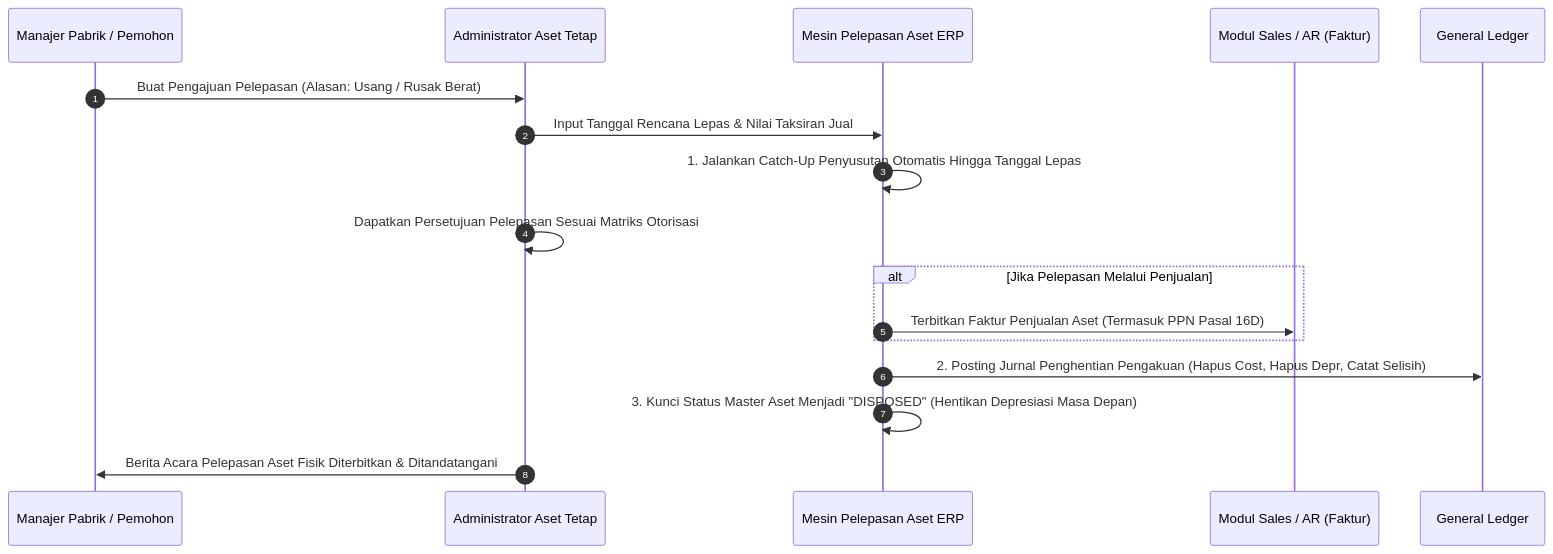
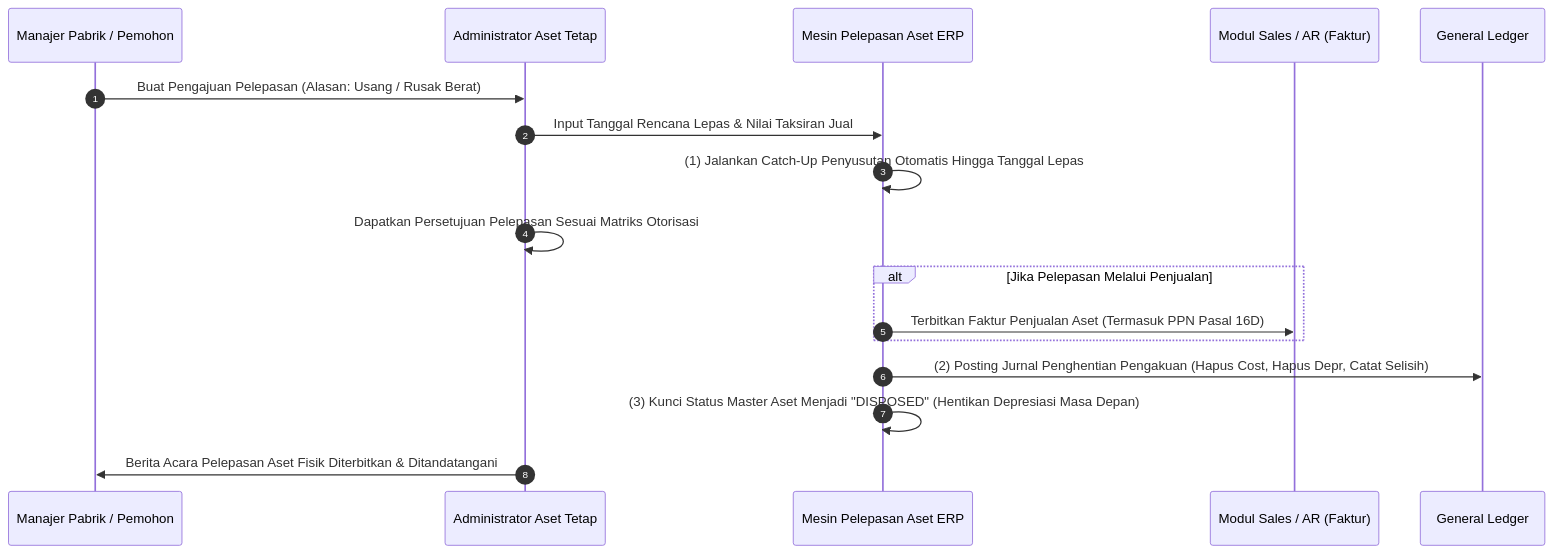
Before and after one commit to alimurrofid/erp-notes: the third of 3 diagrams in content/08-assets/asset-disposal-and-retirement.md, drawn with Mermaid. The commit also changed other lines of this file and 132 other files, not shown here.

````diff
--- a/content/08-assets/asset-disposal-and-retirement.md
+++ b/content/08-assets/asset-disposal-and-retirement.md
@@ -72,20 +72,20 @@
 ```mermaid
 sequenceDiagram
     autonumber
     participant Plant as Manajer Pabrik / Pemohon
     participant FA_Admin as Administrator Aset Tetap
     participant FA_Sys as Mesin Pelepasan Aset ERP
     participant AR as Modul Sales / AR (Faktur)
     participant GL as General Ledger
 
     Plant->>FA_Admin: Buat Pengajuan Pelepasan (Alasan: Usang / Rusak Berat)
     FA_Admin->>FA_Sys: Input Tanggal Rencana Lepas & Nilai Taksiran Jual
-    FA_Sys->>FA_Sys: 1. Jalankan Catch-Up Penyusutan Otomatis Hingga Tanggal Lepas
+    FA_Sys->>FA_Sys: (1) Jalankan Catch-Up Penyusutan Otomatis Hingga Tanggal Lepas
     FA_Admin->>FA_Admin: Dapatkan Persetujuan Pelepasan Sesuai Matriks Otorisasi
     alt Jika Pelepasan Melalui Penjualan
         FA_Sys->>AR: Terbitkan Faktur Penjualan Aset (Termasuk PPN Pasal 16D)
     end
-    FA_Sys->>GL: 2. Posting Jurnal Penghentian Pengakuan (Hapus Cost, Hapus Depr, Catat Selisih)
-    FA_Sys->>FA_Sys: 3. Kunci Status Master Aset Menjadi "DISPOSED" (Hentikan Depresiasi Masa Depan)
+    FA_Sys->>GL: (2) Posting Jurnal Penghentian Pengakuan (Hapus Cost, Hapus Depr, Catat Selisih)
+    FA_Sys->>FA_Sys: (3) Kunci Status Master Aset Menjadi "DISPOSED" (Hentikan Depresiasi Masa Depan)
     FA_Admin->>Plant: Berita Acara Pelepasan Aset Fisik Diterbitkan & Ditandatangani
 ```
````
